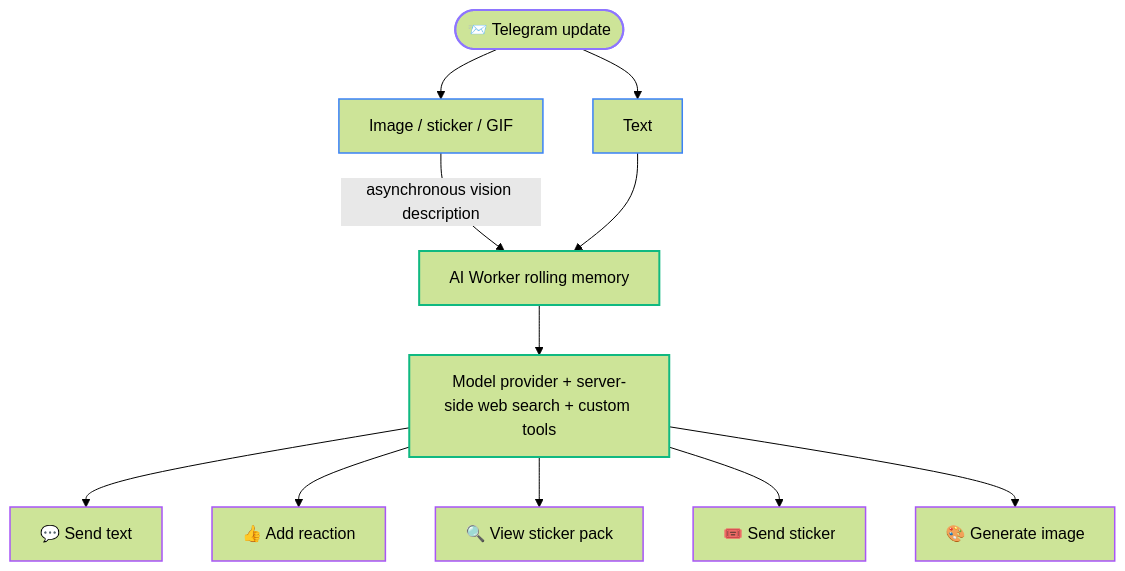
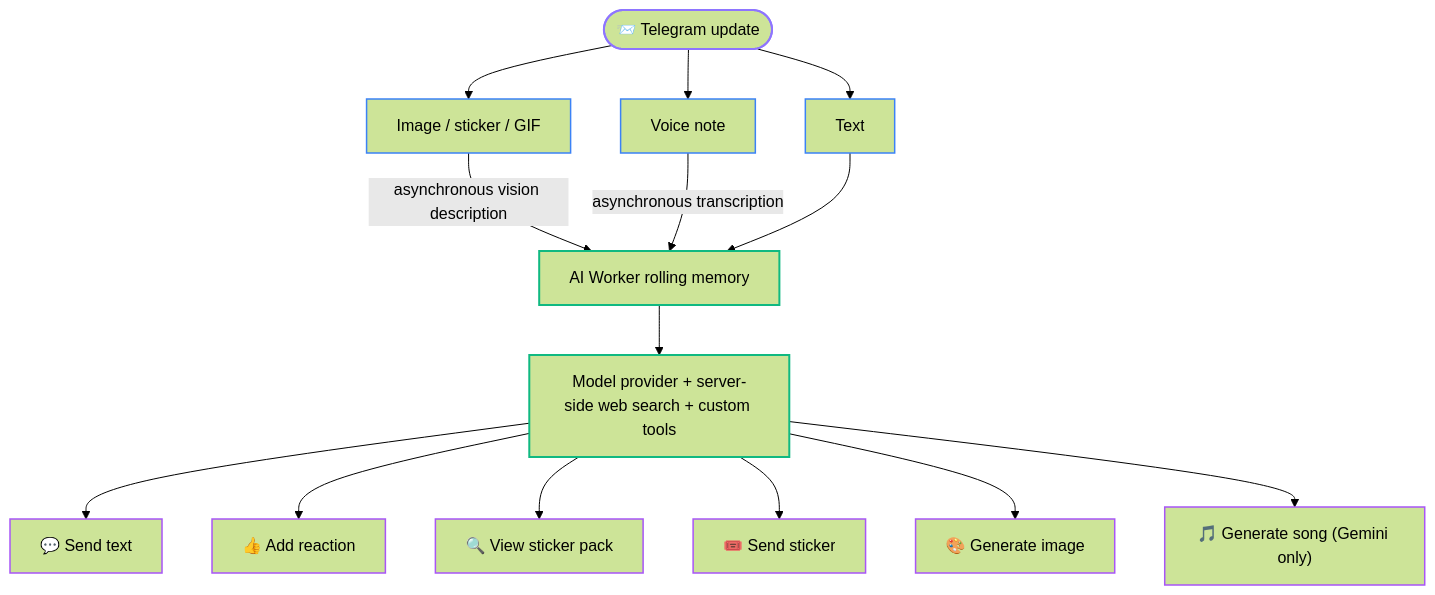
One commit to Asashishi/copy_ninjia changed the second of 2 diagrams in docs/en/02-architecture.md. Above: the diagram before and after it, drawn with Mermaid (forest theme). The commit also changed other lines of this file and 564 other files, not shown here.

````diff
--- a/docs/en/02-architecture.md
+++ b/docs/en/02-architecture.md
@@ -65,19 +65,22 @@
 ```mermaid
 flowchart TD
     classDef input stroke:#8e75ff,stroke-width:2px;
     classDef process stroke:#3b82f6,stroke-width:1.5px;
     classDef ai stroke:#10b981,stroke-width:2px;
     classDef action stroke:#a855f7,stroke-width:1.5px;
 
     U(["📨 Telegram update"]):::input --> TXT["Text"]:::process
     U --> MED["Image / sticker / GIF"]:::process
+    U --> VOC["Voice note"]:::process
     MED -- asynchronous vision description --> MEM["AI Worker rolling memory"]:::ai
+    VOC -- asynchronous transcription --> MEM
     TXT --> MEM
     MEM --> G["Model provider + server-side web search + custom tools"]:::ai
 
     G --> A1["💬 Send text"]:::action
     G --> A2["👍 Add reaction"]:::action
     G --> A3["🔍 View sticker pack"]:::action
     G --> A4["🎟️ Send sticker"]:::action
     G --> A5["🎨 Generate image"]:::action
+    G --> A6["🎵 Generate song (Gemini only)"]:::action
 ```
````
